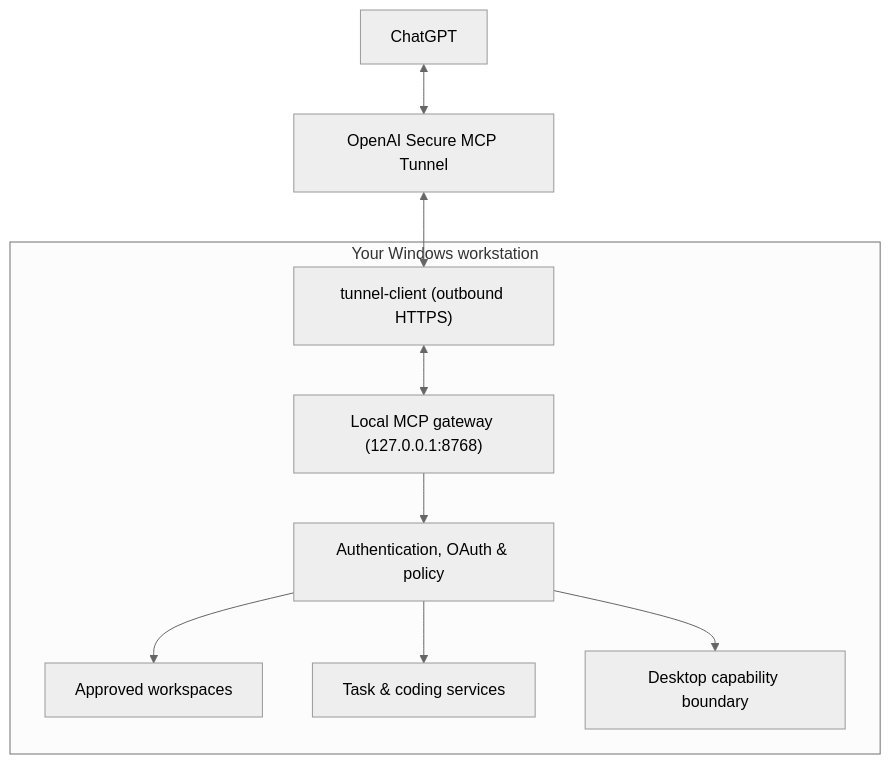
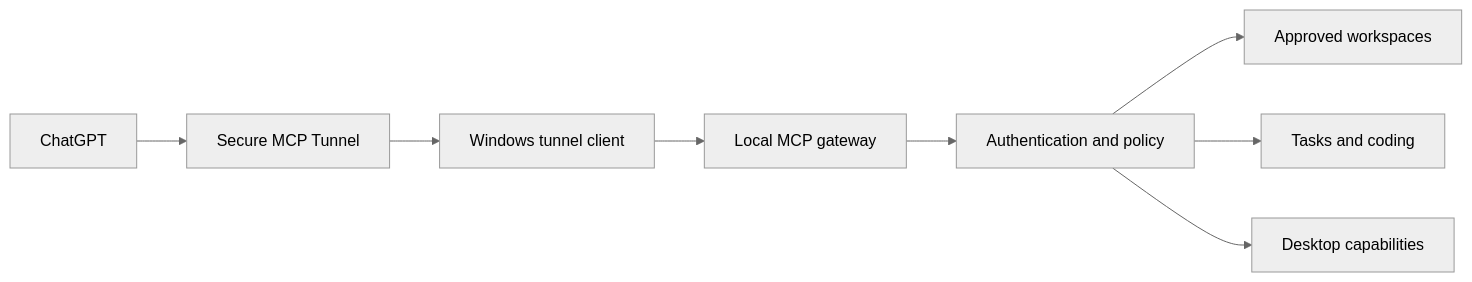
Before and after one commit to phuonghuster7/winowner-mcp: the diagram in README.md, drawn with Mermaid (neutral theme).

Commit message:
docs: simplify bilingual Mermaid flowcharts for GitHub rendering

````diff
--- a/README.md
+++ b/README.md
@@ -34,12 +34,10 @@
 ```mermaid
-flowchart TD
-  C["ChatGPT"] <--> T["OpenAI Secure MCP Tunnel"]
-  subgraph W["Your Windows workstation"]
-    A["tunnel-client (outbound HTTPS)"] <--> G["Local MCP gateway (127.0.0.1:8768)"]
-    G --> P["Authentication, OAuth & policy"]
-    P --> F["Approved workspaces"]
-    P --> J["Task & coding services"]
-    P --> D["Desktop capability boundary"]
-  end
-  T <--> A
+flowchart LR
+  C["ChatGPT"] --> T["Secure MCP Tunnel"]
+  T --> A["Windows tunnel client"]
+  A --> G["Local MCP gateway"]
+  G --> P["Authentication and policy"]
+  P --> F["Approved workspaces"]
+  P --> J["Tasks and coding"]
+  P --> D["Desktop capabilities"]
 ```
````
